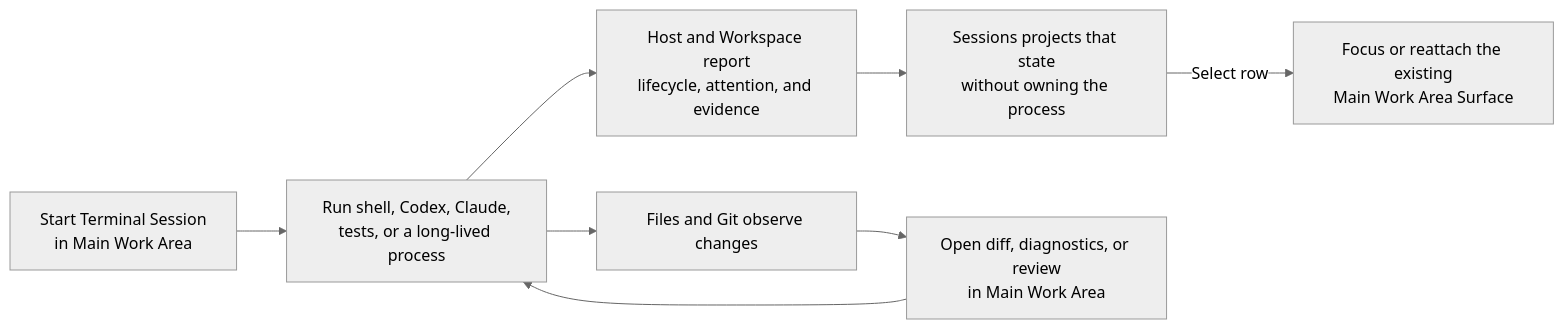
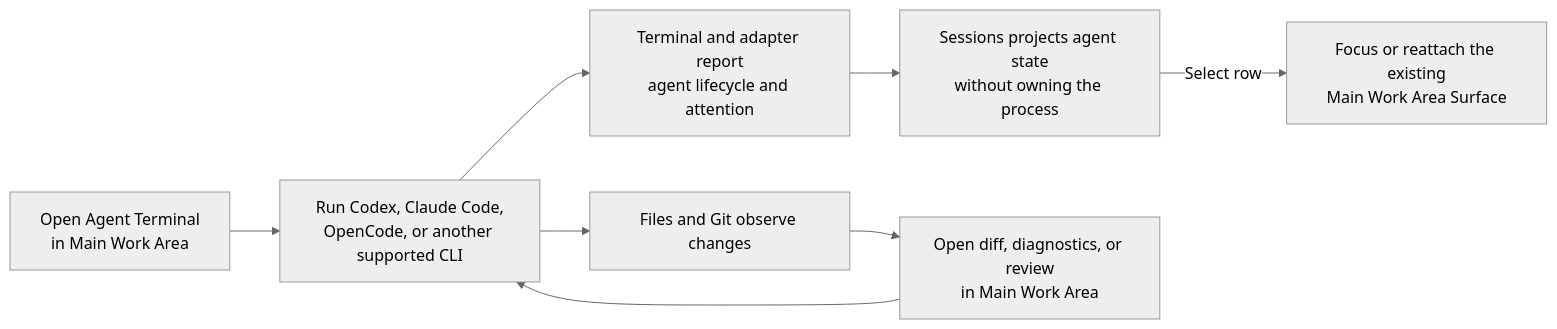
One commit to Oreoro/dez changed the second of 3 diagrams in docs/src/development/dez/fork-notes.md. Above: the diagram before and after it, drawn with Mermaid (neutral theme). The commit also changed other lines of this file and 40 other files, not shown here.

Commit message:
Polish Dez Home, sessions, and workspace UI

````diff
--- a/docs/src/development/dez/fork-notes.md
+++ b/docs/src/development/dez/fork-notes.md
@@ -99,10 +98,10 @@
 ```mermaid
 flowchart LR
-    START["Start Terminal Session<br/>in Main Work Area"] --> RUN["Run shell, Codex, Claude,<br/>tests, or a long-lived process"]
-    RUN --> OBSERVE["Host and Workspace report<br/>lifecycle, attention, and evidence"]
-    OBSERVE --> SESSIONS["Sessions projects that state<br/>without owning the process"]
+    START["Open Agent Terminal<br/>in Main Work Area"] --> RUN["Run Codex, Claude Code,<br/>OpenCode, or another supported CLI"]
+    RUN --> OBSERVE["Terminal and adapter report<br/>agent lifecycle and attention"]
+    OBSERVE --> SESSIONS["Sessions projects agent state<br/>without owning the process"]
     SESSIONS -->|Select row| RETURN["Focus or reattach the existing<br/>Main Work Area Surface"]
     RUN --> CHANGES["Files and Git observe changes"]
     CHANGES --> REVIEW["Open diff, diagnostics, or review<br/>in Main Work Area"]
     REVIEW --> RUN
 ```
````
